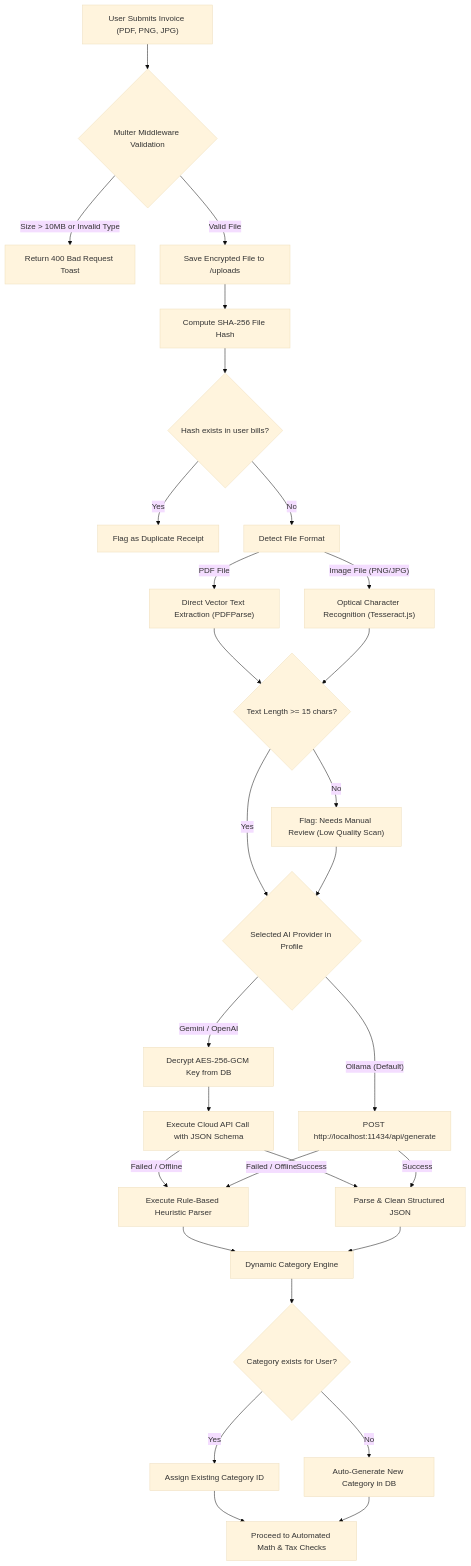
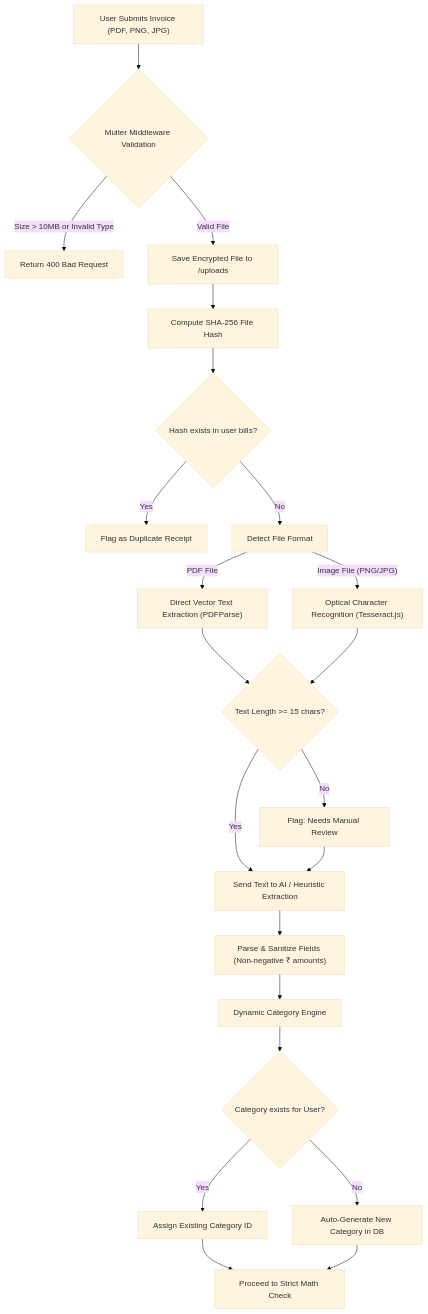
One commit to MeetMittan/bill-management changed the third of 5 diagrams in README.md. Above: the diagram before and after it, drawn with Mermaid (base theme). The commit also changed other lines of this file and 27 other files, not shown here.

````diff
--- a/README.md
+++ b/README.md
@@ -129,41 +158,31 @@
 ```mermaid
 flowchart TD
     Start["User Submits Invoice (PDF, PNG, JPG)"] --> ValidateFile{"Multer Middleware Validation"}
-    ValidateFile -- "Size > 10MB or Invalid Type" --> Reject["Return 400 Bad Request Toast"]
+    ValidateFile -- "Size > 10MB or Invalid Type" --> Reject["Return 400 Bad Request"]
     ValidateFile -- "Valid File" --> SaveDisk["Save Encrypted File to /uploads"]
     
     SaveDisk --> HashCalc["Compute SHA-256 File Hash"]
     HashCalc --> CheckDupHash{"Hash exists in user bills?"}
     CheckDupHash -- Yes --> FlagDup["Flag as Duplicate Receipt"]
     CheckDupHash -- No --> CheckOCR["Detect File Format"]
     
     CheckOCR -- "PDF File" --> PDFExtract["Direct Vector Text Extraction (PDFParse)"]
     CheckOCR -- "Image File (PNG/JPG)" --> TesseractOCR["Optical Character Recognition (Tesseract.js)"]
     
     PDFExtract --> CheckTextLen{"Text Length >= 15 chars?"}
     TesseractOCR --> CheckTextLen
     
-    CheckTextLen -- No --> ManualReviewFlag["Flag: Needs Manual Review (Low Quality Scan)"]
-    CheckTextLen -- Yes --> AIModelSelect{"Selected AI Provider in Profile"}
+    CheckTextLen -- No --> ManualReviewFlag["Flag: Needs Manual Review"]
+    CheckTextLen -- Yes --> CallAI["Send Text to AI / Heuristic Extraction"]
     
-    ManualReviewFlag --> AIModelSelect
+    ManualReviewFlag --> CallAI
+    CallAI --> ParseJSON["Parse & Sanitize Fields (Non-negative ₹ amounts)"]
     
-    AIModelSelect -- "Gemini / OpenAI" --> DecryptKey["Decrypt AES-256-GCM Key from DB"]
-    DecryptKey --> CallCloudAI["Execute Cloud API Call with JSON Schema"]
-    AIModelSelect -- "Ollama (Default)" --> CallOllama["POST http://localhost:11434/api/generate"]
-    
-    CallCloudAI -- "Failed / Offline" --> FallbackHeuristic["Execute Rule-Based Heuristic Parser"]
-    CallOllama -- "Failed / Offline" --> FallbackHeuristic
-    CallCloudAI -- "Success" --> ParseJSON["Parse & Clean Structured JSON"]
-    CallOllama -- "Success" --> ParseJSON
-    
-    FallbackHeuristic --> CategoryEngine["Dynamic Category Engine"]
-    ParseJSON --> CategoryEngine
-    
+    ParseJSON --> CategoryEngine["Dynamic Category Engine"]
     CategoryEngine --> CategoryMatch{"Category exists for User?"}
     CategoryMatch -- Yes --> AssignCat["Assign Existing Category ID"]
     CategoryMatch -- No --> CreateCat["Auto-Generate New Category in DB"]
     
-    AssignCat --> AuditMathCheck["Proceed to Automated Math & Tax Checks"]
-    CreateCat --> AuditMathCheck
+    AssignCat --> StrictMathCheck["Proceed to Strict Math Check"]
+    CreateCat --> StrictMathCheck
 ```
````
